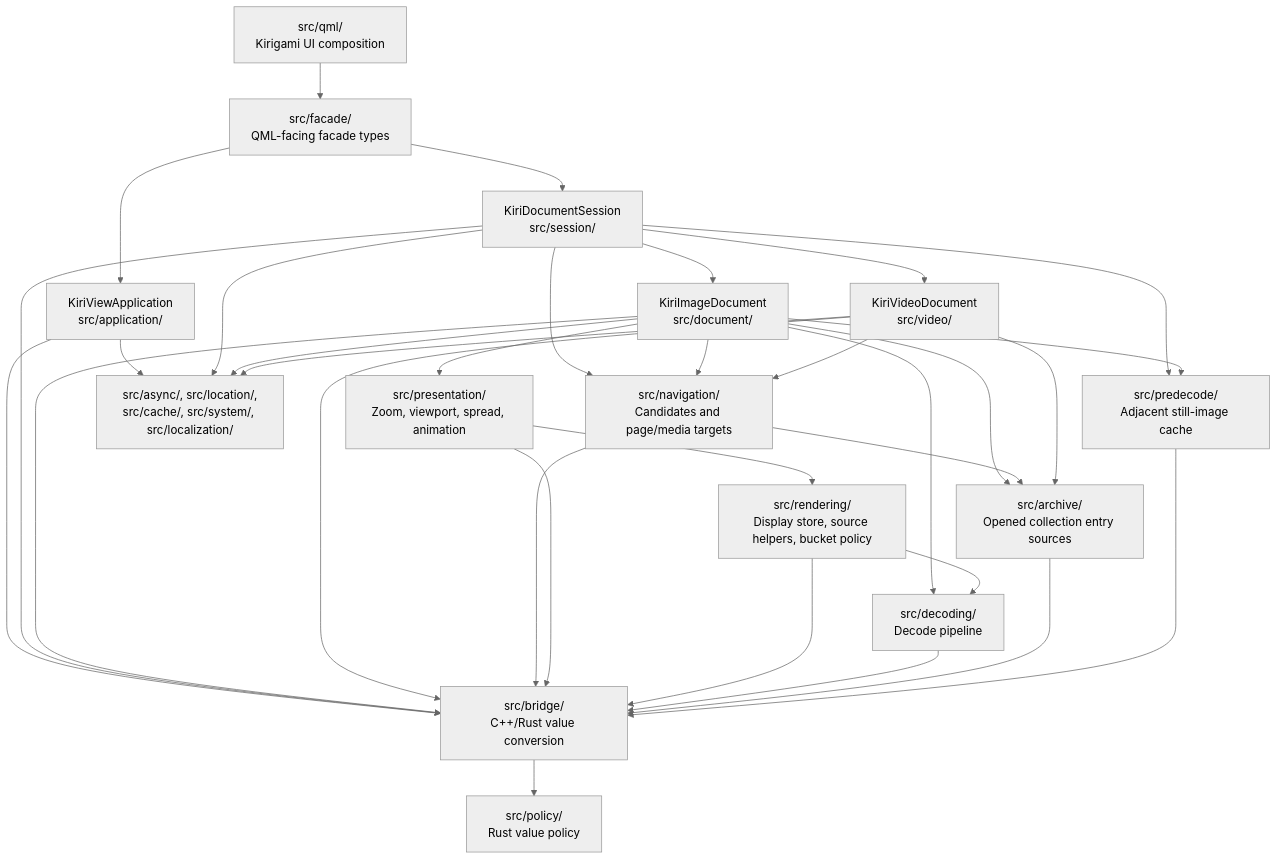
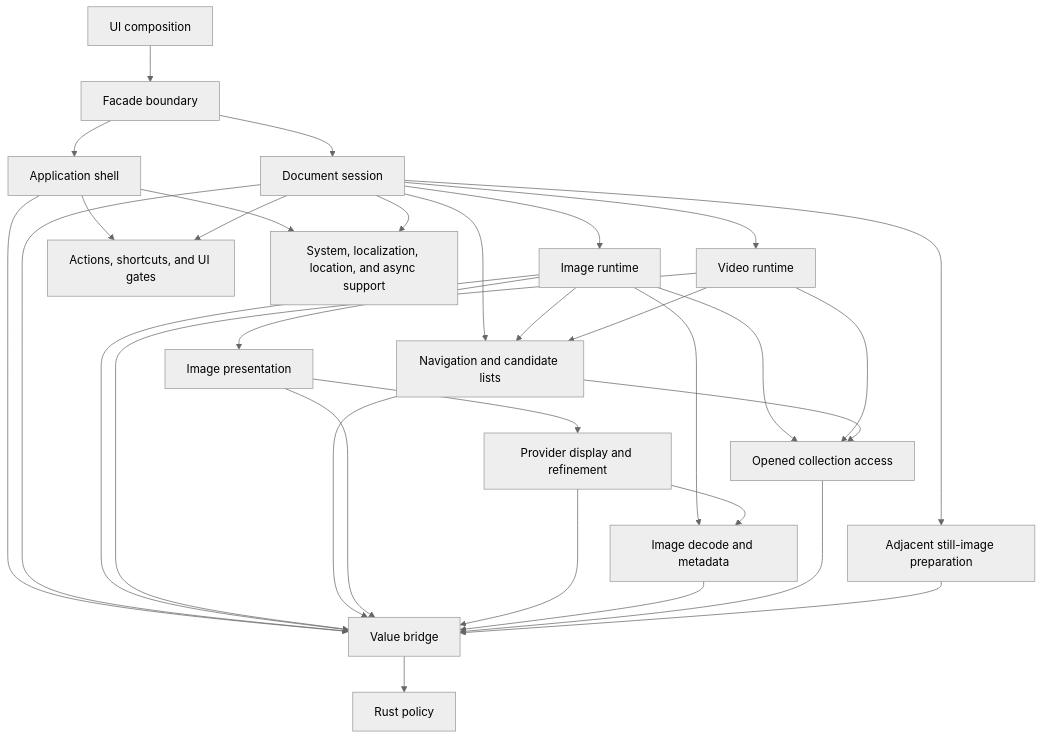
The second of 2 diagrams in docs/architecture/overview.md (hnjae/KiriView), drawn with Mermaid (neutral theme) before and after one commit. The commit also changed other lines of this file and 19 other files, not shown here.

Commit message:
docs(architecture): clarify documentation boundaries

````diff
--- a/docs/architecture/overview.md
+++ b/docs/architecture/overview.md
@@ -24,51 +30,51 @@
 ```mermaid
 flowchart TD
-    QML["src/qml/\nKirigami UI composition"]
-    Facade["src/facade/\nQML-facing facade types"]
-    Application["KiriViewApplication\nsrc/application/"]
-    Session["KiriDocumentSession\nsrc/session/"]
-    ImageDocument["KiriImageDocument\nsrc/document/"]
-    VideoDocument["KiriVideoDocument\nsrc/video/"]
-    Navigation["src/navigation/\nCandidates and page/media targets"]
-    Presentation["src/presentation/\nZoom, viewport, spread, animation"]
-    Rendering["src/rendering/\nDisplay store, source helpers, bucket policy"]
-    Decoding["src/decoding/\nDecode pipeline"]
-    Archive["src/archive/\nOpened collection entry sources"]
-    Predecode["src/predecode/\nAdjacent still-image cache"]
-    RuntimeSupport["src/async/, src/location/,\nsrc/cache/, src/system/, src/localization/"]
-    Bridge["src/bridge/\nC++/Rust value conversion"]
-    Policy["src/policy/\nRust value policy"]
+    UI["UI composition"]
+    Facade["Facade boundary"]
+    Shell["Application shell"]
+    Session["Document session"]
+    Image["Image runtime"]
+    Video["Video runtime"]
+    Navigation["Navigation and candidate lists"]
+    Presentation["Image presentation"]
+    Rendering["Provider display and refinement"]
+    Decoding["Image decode and metadata"]
+    Collections["Opened collection access"]
+    Predecode["Adjacent still-image preparation"]
+    Actions["Actions, shortcuts, and UI gates"]
+    System["System, localization, location, and async support"]
+    Bridge["Value bridge"]
+    Policy["Rust policy"]
 
-    QML --> Facade
-    Facade --> Application
+    UI --> Facade
+    Facade --> Shell
     Facade --> Session
-    Session --> ImageDocument
-    Session --> VideoDocument
+    Shell --> Actions
+    Shell --> System
+    Session --> Image
+    Session --> Video
     Session --> Navigation
     Session --> Predecode
-    ImageDocument --> Navigation
-    ImageDocument --> Presentation
-    ImageDocument --> Decoding
-    ImageDocument --> Archive
-    ImageDocument --> Predecode
+    Session --> Actions
+    Session --> System
+    Image --> Navigation
+    Image --> Presentation
+    Image --> Decoding
+    Image --> Collections
     Presentation --> Rendering
     Rendering --> Decoding
-    Navigation --> Archive
-    VideoDocument --> Navigation
-    VideoDocument --> Archive
-    Application --> Bridge
+    Video --> Navigation
+    Video --> Collections
+    Navigation --> Collections
+    Shell --> Bridge
     Session --> Bridge
-    ImageDocument --> Bridge
-    VideoDocument --> Bridge
+    Image --> Bridge
+    Video --> Bridge
     Navigation --> Bridge
     Presentation --> Bridge
     Rendering --> Bridge
     Decoding --> Bridge
-    Archive --> Bridge
+    Collections --> Bridge
     Predecode --> Bridge
     Bridge --> Policy
-    Application --> RuntimeSupport
-    Session --> RuntimeSupport
-    ImageDocument --> RuntimeSupport
-    VideoDocument --> RuntimeSupport
 ```
````
